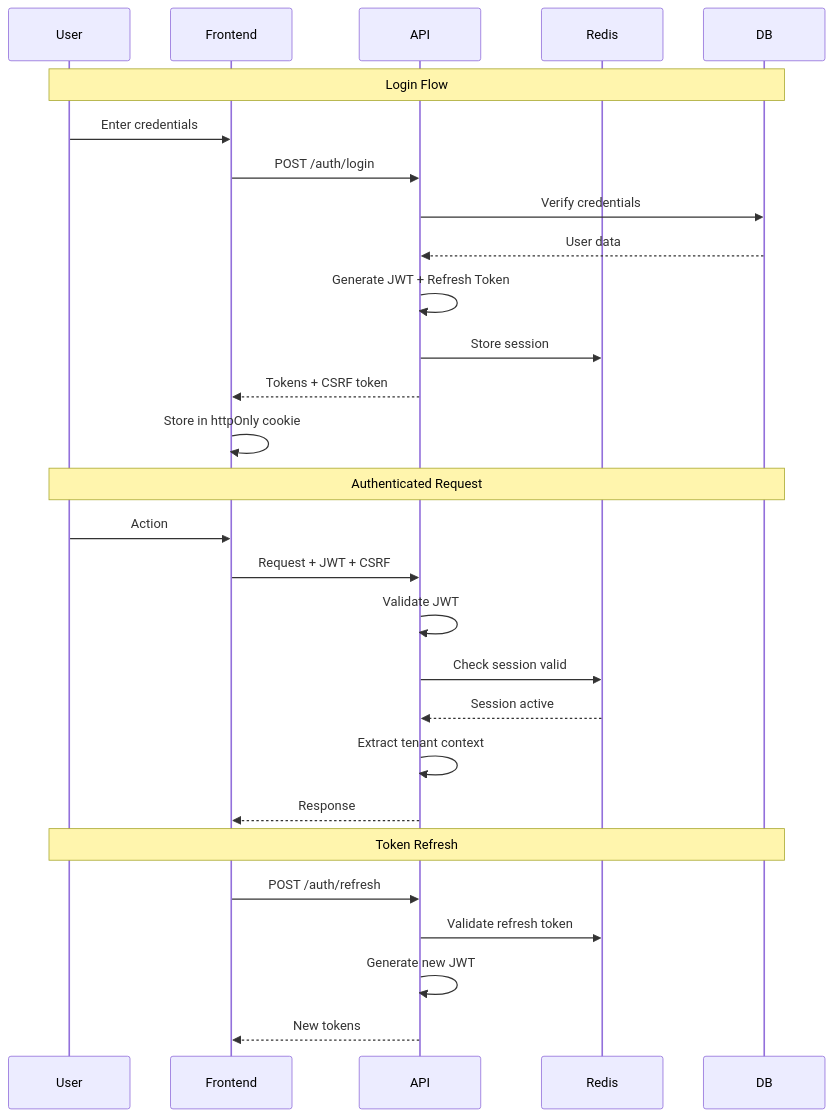
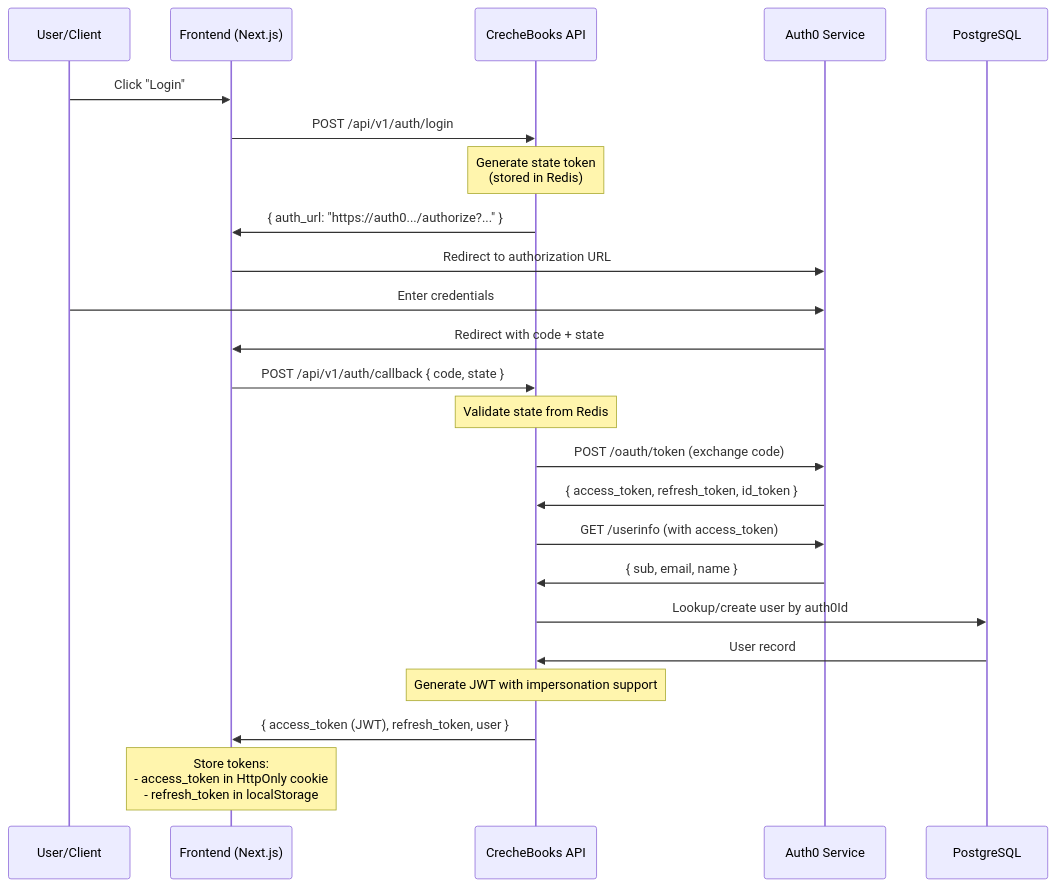
Before and after one commit to Smashkat12/crechebooks: the first of 4 diagrams in docs/architecture/security.md, drawn with Mermaid. The commit also changed other lines of this file and 145 other files, not shown here.

````diff
--- a/docs/architecture/security.md
+++ b/docs/architecture/security.md
@@ -65,33 +26,30 @@
 ```mermaid
 sequenceDiagram
-    participant User
-    participant Frontend
-    participant API
-    participant Redis
-    participant DB
+    participant User as User/Client
+    participant Frontend as Frontend (Next.js)
+    participant API as CrecheBooks API
+    participant Auth0 as Auth0 Service
+    participant DB as PostgreSQL
 
-    Note over User,DB: Login Flow
-    User->>Frontend: Enter credentials
-    Frontend->>API: POST /auth/login
-    API->>DB: Verify credentials
-    DB-->>API: User data
-    API->>API: Generate JWT + Refresh Token
-    API->>Redis: Store session
-    API-->>Frontend: Tokens + CSRF token
-    Frontend->>Frontend: Store in httpOnly cookie
+    User->>Frontend: Click "Login"
+    Frontend->>API: POST /api/v1/auth/login
+    Note over API: Generate state token<br/>(stored in Redis)
+    API->>Frontend: { auth_url: "https://auth0.../authorize?..." }
+    Frontend->>Auth0: Redirect to authorization URL
+    User->>Auth0: Enter credentials
+    Auth0->>Frontend: Redirect with code + state
+    Frontend->>API: POST /api/v1/auth/callback { code, state }
 
-    Note over User,DB: Authenticated Request
-    User->>Frontend: Action
-    Frontend->>API: Request + JWT + CSRF
-    API->>API: Validate JWT
-    API->>Redis: Check session valid
-    Redis-->>API: Session active
-    API->>API: Extract tenant context
-    API-->>Frontend: Response
+    Note over API: Validate state from Redis
+    API->>Auth0: POST /oauth/token (exchange code)
+    Auth0->>API: { access_token, refresh_token, id_token }
+    API->>Auth0: GET /userinfo (with access_token)
+    Auth0->>API: { sub, email, name }
 
-    Note over User,DB: Token Refresh
-    Frontend->>API: POST /auth/refresh
-    API->>Redis: Validate refresh token
-    API->>API: Generate new JWT
-    API-->>Frontend: New tokens
+    API->>DB: Lookup/create user by auth0Id
+    DB->>API: User record
+
+    Note over API: Generate JWT with impersonation support
+    API->>Frontend: { access_token (JWT), refresh_token, user }
+    Note over Frontend: Store tokens:<br/>- access_token in HttpOnly cookie<br/>- refresh_token in localStorage
 ```
````
